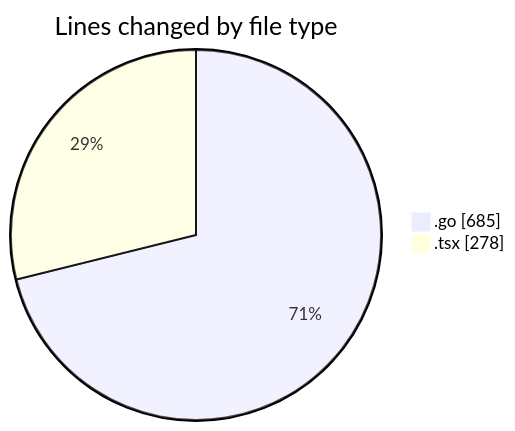
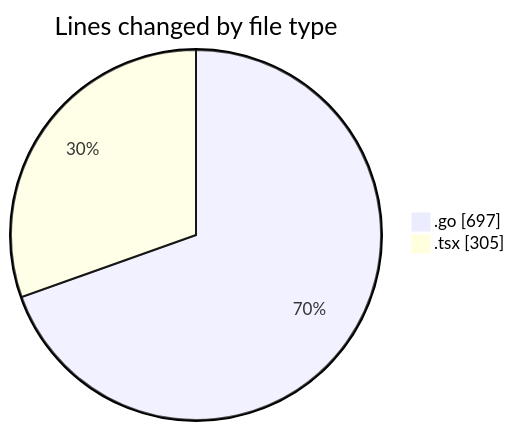
The first of 2 diagrams in 2025-03-01/termonied_testador/README.md (robertbonfada/code-tracking), drawn with Mermaid before and after one commit. The commit also changed other lines of this file and 1 other file, not shown here.

````diff
--- a/2025-03-01/termonied_testador/README.md
+++ b/2025-03-01/termonied_testador/README.md
@@ -28,6 +28,6 @@
 ```mermaid
 pie showData
 title Lines changed by file type
-".go" : 685
-".tsx" : 278
+".go" : 697
+".tsx" : 305
 ```
````
